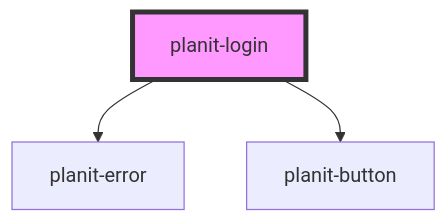
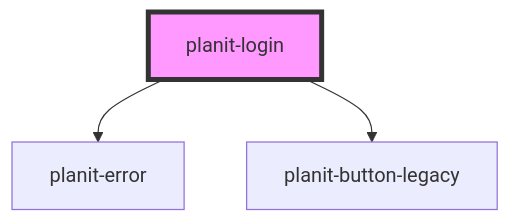
One commit to planavsky82/planavsky-com-nx changed the diagram in libs/planit/src/components/planit-login/readme.md. Above: the diagram before and after it, drawn with Mermaid. The commit also changed other lines of this file and 13 other files, not shown here.

````diff
--- a/libs/planit/src/components/planit-login/readme.md
+++ b/libs/planit/src/components/planit-login/readme.md
@@ -31,6 +31,6 @@
 ```mermaid
 graph TD;
   planit-login --> planit-error
-  planit-login --> planit-button
+  planit-login --> planit-button-legacy
   style planit-login fill:#f9f,stroke:#333,stroke-width:4px
 ```
````
